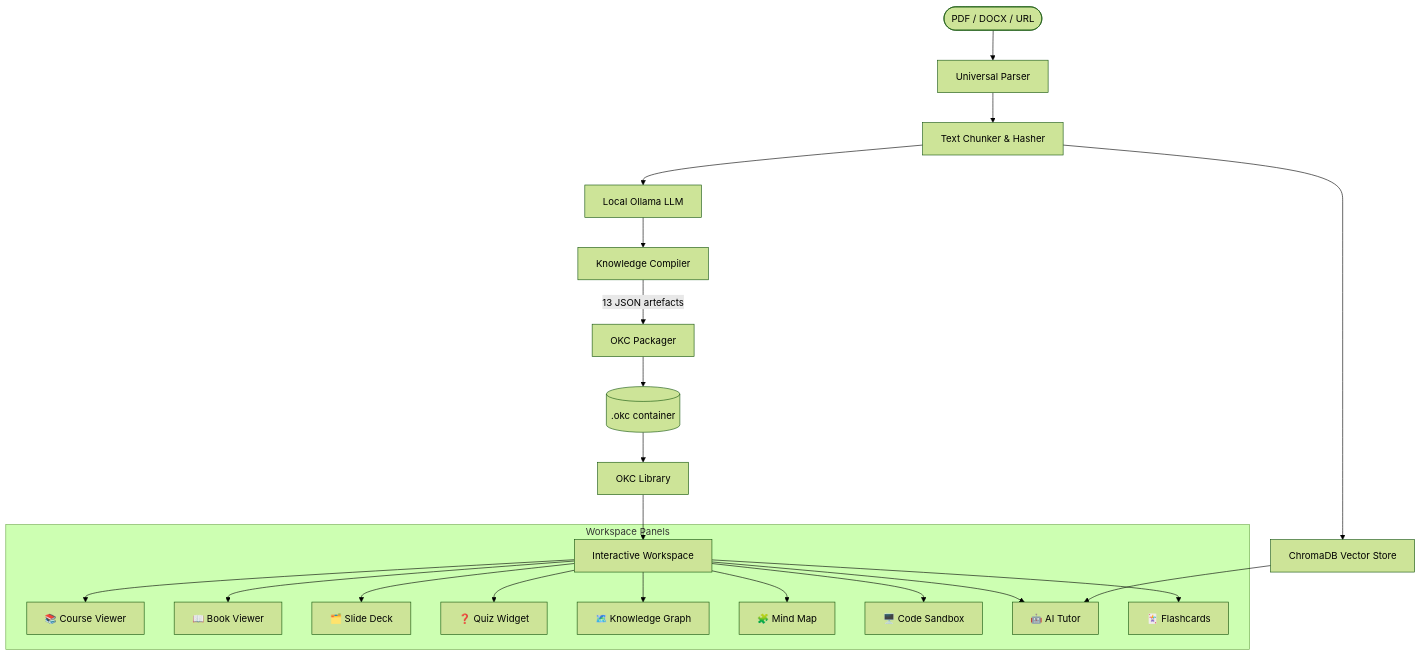
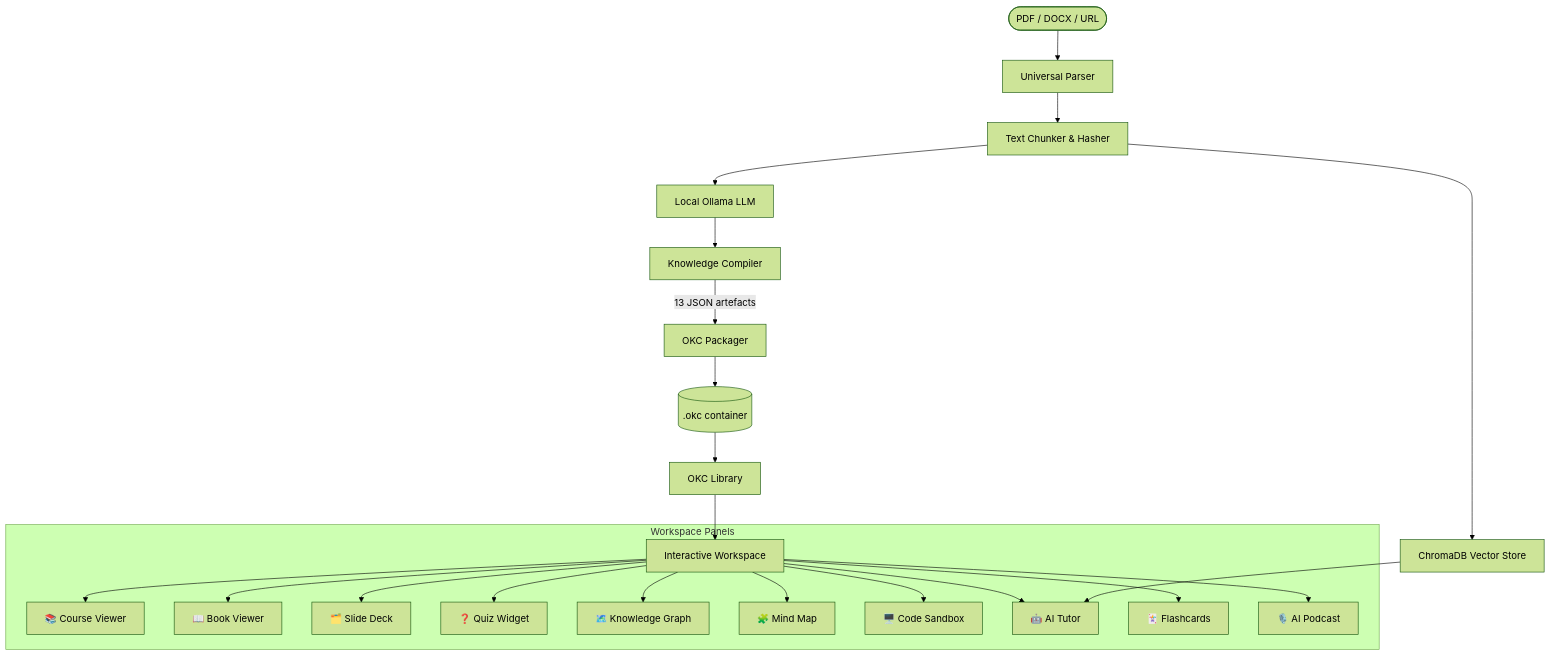
One commit to vijaymahes9080/Build-Open-Knowledge-Compiler changed the diagram in README.md. Above: the diagram before and after it, drawn with Mermaid (forest theme). The commit also changed other lines of this file and 2 other files, not shown here.

Commit message:
Update README.md, LICENSE, and .gitignore files

````diff
--- a/README.md
+++ b/README.md
@@ -32,28 +33,29 @@
 ```mermaid
 graph TD
     Input([PDF / DOCX / URL]) --> Parser[Universal Parser]
     Parser --> Chunker[Text Chunker & Hasher]
     Chunker --> LLM[Local Ollama LLM]
     Chunker --> VectorStore[ChromaDB Vector Store]
     LLM --> Compiler[Knowledge Compiler]
 
     Compiler --> |13 JSON artefacts| Packager[OKC Packager]
     Packager --> Container[(.okc container)]
 
     Container --> Library[OKC Library]
     Library --> Workspace[Interactive Workspace]
 
     subgraph Workspace Panels
         Workspace --> Course[📚 Course Viewer]
         Workspace --> Book[📖 Book Viewer]
         Workspace --> Slides[🗂️ Slide Deck]
         Workspace --> Quiz[❓ Quiz Widget]
         Workspace --> Graph[🗺️ Knowledge Graph]
         Workspace --> MindMap[🧩 Mind Map]
         Workspace --> Sandbox[🖥️ Code Sandbox]
         Workspace --> Tutor[🤖 AI Tutor]
         Workspace --> Flashcards[🃏 Flashcards]
+        Workspace --> Podcast[🎙️ AI Podcast]
     end
 
     VectorStore --> Tutor
 ```
````
